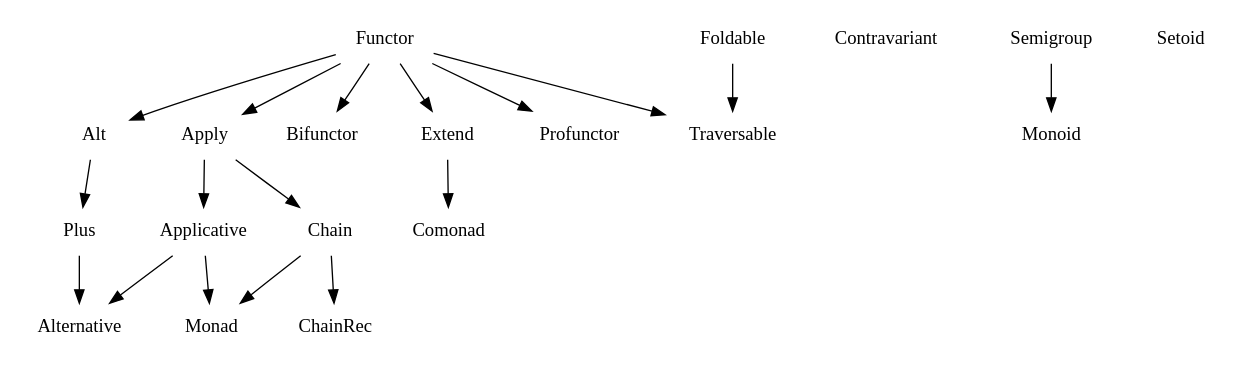
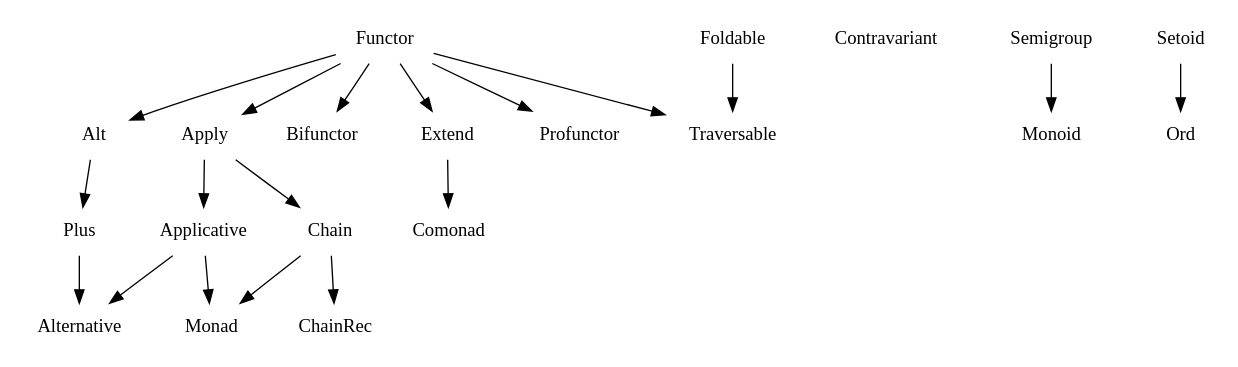
The diagram in figures/dependencies.dot (fantasyland/fantasy-land), drawn with Graphviz before and after one commit. The commit also changed 7 other files, not shown here.

```diff
--- a/figures/dependencies.dot
+++ b/figures/dependencies.dot
@@ -1,43 +1,45 @@
 digraph {
   node [shape=plaintext]
 
   # Algebras
   Alt;
   Alternative;
   Applicative;
   Apply;
   Bifunctor;
   Chain;
   ChainRec;
   Comonad;
   Extend;
   Foldable;
   Functor;
   Contravariant;
   Monad;
   Monoid;
+  Ord;
   Plus;
   Profunctor;
   Semigroup;
   Setoid;
   Traversable;
 
   # Dependencies
   Alt -> Plus;
   Applicative -> Alternative;
   Applicative -> Monad;
   Apply -> Applicative;
   Apply -> Chain;
   Chain -> ChainRec;
   Chain -> Monad;
   Extend -> Comonad;
   Foldable -> Traversable;
   Functor -> Alt;
   Functor -> Apply;
   Functor -> Bifunctor;
   Functor -> Extend;
   Functor -> Profunctor;
   Functor -> Traversable;
   Plus -> Alternative;
   Semigroup -> Monoid;
+  Setoid -> Ord;
 }
```
